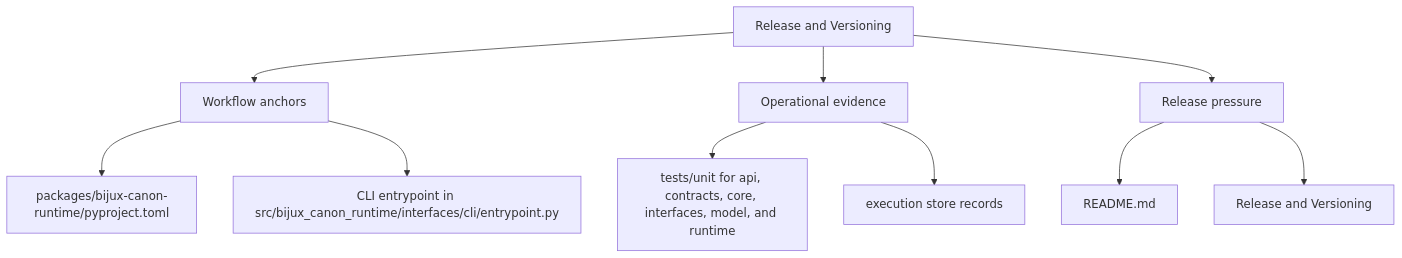
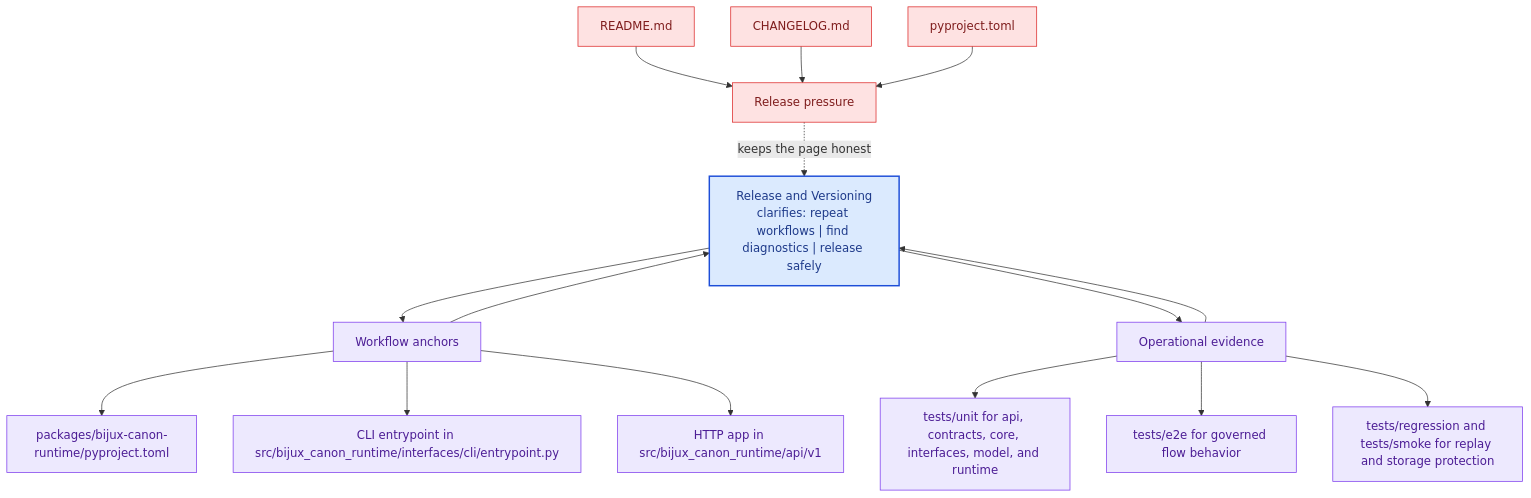
Before and after one commit to bijux/bijux-canon: the second of 2 diagrams in docs/bijux-canon-runtime/operations/release-and-versioning.md, drawn with Mermaid. The commit also changed other lines of this file and 281 other files, not shown here.

Commit message:
docs(diagrams): deepen handbook mermaid maps across the catalog

````diff
--- a/docs/bijux-canon-runtime/operations/release-and-versioning.md
+++ b/docs/bijux-canon-runtime/operations/release-and-versioning.md
@@ -35,22 +68,41 @@
 ```mermaid
-flowchart TD
-    page["Release and Versioning"]
+flowchart TB
+    promise["Release and Versioning<br/>clarifies: repeat workflows | find diagnostics | release safely"]
+    classDef promise fill:#dbeafe,stroke:#1d4ed8,color:#1e3a8a,stroke-width:2px;
+    classDef driver fill:#dcfce7,stroke:#16a34a,color:#14532d;
+    classDef constraint fill:#fee2e2,stroke:#dc2626,color:#7f1d1d;
+    classDef ground fill:#ede9fe,stroke:#7c3aed,color:#4c1d95;
     focus1["Workflow anchors"]
-    page --> focus1
+    focus1 --> promise
+    promise --> focus1
     focus1_1["packages/bijux-canon-runtime/pyproject.toml"]
     focus1 --> focus1_1
     focus1_2["CLI entrypoint in src/bijux_canon_runtime/interfaces/cli/entrypoint.py"]
     focus1 --> focus1_2
+    focus1_3["HTTP app in src/bijux_canon_runtime/api/v1"]
+    focus1 --> focus1_3
+    class focus1 ground;
+    class focus1_1,focus1_2,focus1_3 ground;
     focus2["Operational evidence"]
-    page --> focus2
+    focus2 --> promise
+    promise --> focus2
     focus2_1["tests/unit for api, contracts, core, interfaces, model, and runtime"]
     focus2 --> focus2_1
-    focus2_2["execution store records"]
+    focus2_2["tests/e2e for governed flow behavior"]
     focus2 --> focus2_2
+    focus2_3["tests/regression and tests/smoke for replay and storage protection"]
+    focus2 --> focus2_3
+    class focus2 ground;
+    class focus2_1,focus2_2,focus2_3 ground;
     focus3["Release pressure"]
-    page --> focus3
+    focus3 -.keeps the page honest.-> promise
     focus3_1["README.md"]
-    focus3 --> focus3_1
-    focus3_2["Release and Versioning"]
-    focus3 --> focus3_2
+    focus3_1 --> focus3
+    focus3_2["CHANGELOG.md"]
+    focus3_2 --> focus3
+    focus3_3["pyproject.toml"]
+    focus3_3 --> focus3
+    class focus3 constraint;
+    class focus3_1,focus3_2,focus3_3 constraint;
+    class promise promise;
 ```
````
